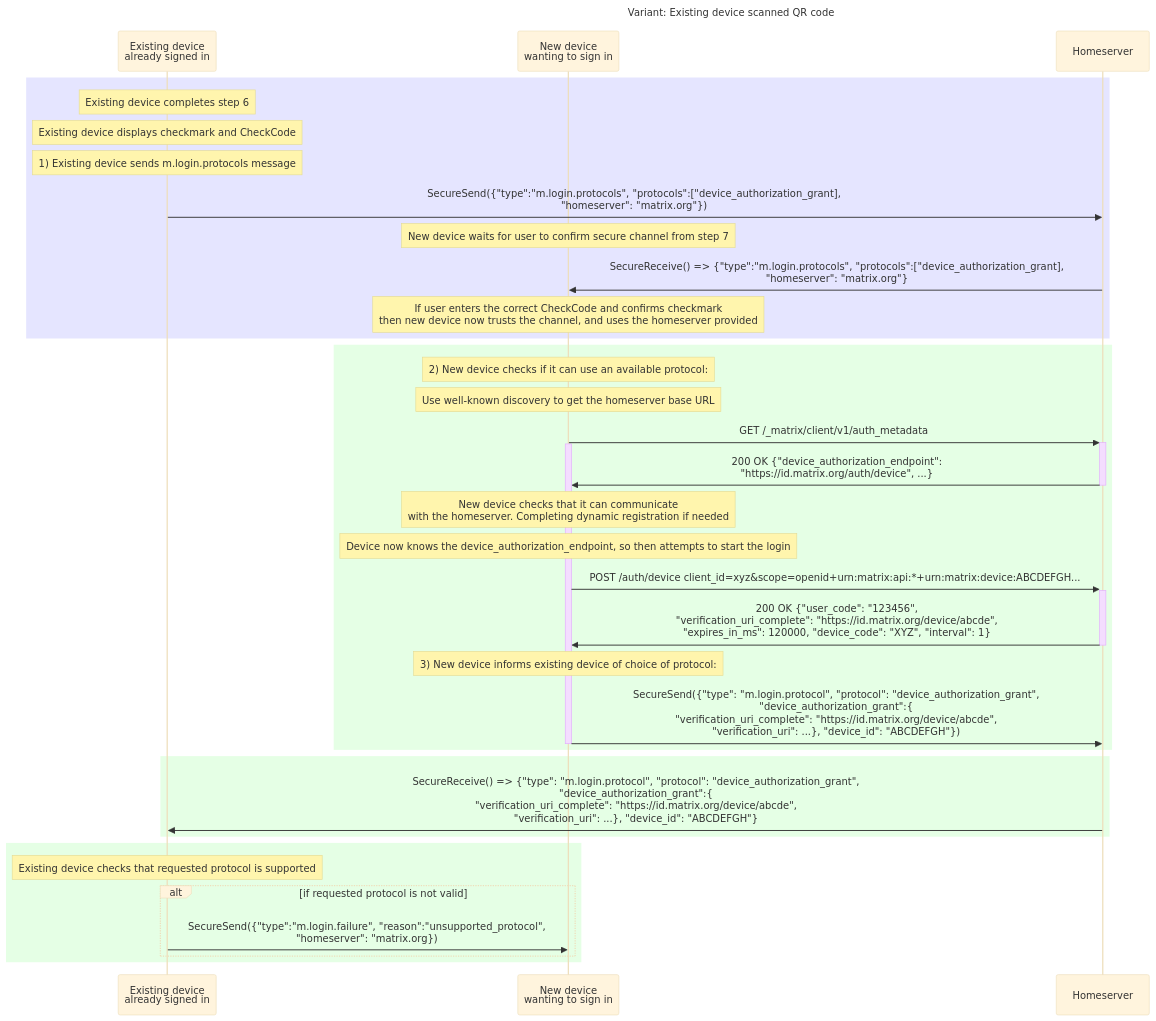
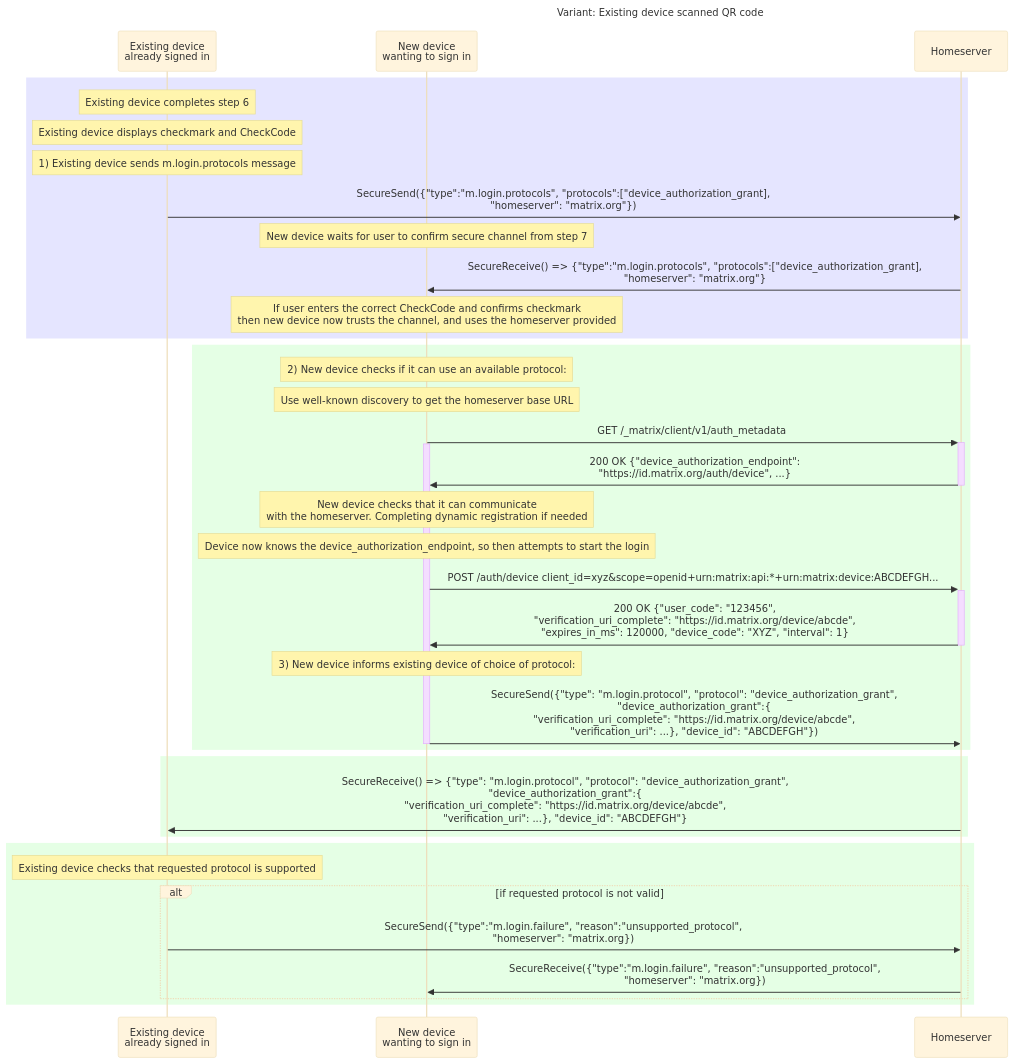
One commit to matrix-org/matrix-spec-proposals changed the fourth of 6 diagrams in proposals/4108-oidc-qr-login.md. Above: the diagram before and after it, drawn with Mermaid (base theme). The commit also changed other lines of this file, not shown here.

Commit message:
More consistency on SecureSend/SecureReceive

````diff
--- a/proposals/4108-oidc-qr-login.md
+++ b/proposals/4108-oidc-qr-login.md
@@ -885,62 +886,63 @@
 ```mermaid
 sequenceDiagram
     title: Variant: Existing device scanned QR code
     participant E as Existing device <br>already signed in
     participant N as New device <br>wanting to sign in
     participant HS as Homeserver
 
 
     #alt if New device scanned QR code
     #    note over N: New device completes checks from secure channel establishment step 6 - it now trusts the channel
     #    note over N: 1) New device got server name from the QR code
 
     rect rgba(0,0,255, 0.1)
     #else if Existing device scanned QR code
         note over E: Existing device completes step 6
         note over E: Existing device displays checkmark and CheckCode
         note over E: 1) Existing device sends m.login.protocols message
         E->>HS: SecureSend({"type":"m.login.protocols", "protocols":["device_authorization_grant],<br> "homeserver": "matrix.org"})
         note over N: New device waits for user to confirm secure channel from step 7
         HS->>N: SecureReceive() => {"type":"m.login.protocols", "protocols":["device_authorization_grant],<br> "homeserver": "matrix.org"}
         note over N: If user enters the correct CheckCode and confirms checkmark<br>then new device now trusts the channel, and uses the homeserver provided
     end
 
 
     rect rgba(0,255,0, 0.1)
     note over N: 2) New device checks if it can use an available protocol:
     note over N: Use well-known discovery to get the homeserver base URL
         N->>+HS: GET /_matrix/client/v1/auth_metadata
     activate N
         HS->>-N: 200 OK {"device_authorization_endpoint":<br> "https://id.matrix.org/auth/device", ...}
         Note over N: New device checks that it can communicate<br> with the homeserver. Completing dynamic registration if needed
         Note over N: Device now knows the device_authorization_endpoint, so then attempts to start the login
         N->>+HS: POST /auth/device client_id=xyz&scope=openid+urn:matrix:api:*+urn:matrix:device:ABCDEFGH...
         HS->>-N: 200 OK {"user_code": "123456",<br>"verification_uri_complete": "https://id.matrix.org/device/abcde",<br>"expires_in_ms": 120000, "device_code": "XYZ", "interval": 1}
         note over N: 3) New device informs existing device of choice of protocol:
         N->>HS: SecureSend({"type": "m.login.protocol", "protocol": "device_authorization_grant",<br> "device_authorization_grant":{<br>"verification_uri_complete": "https://id.matrix.org/device/abcde",<br>"verification_uri": ...}, "device_id": "ABCDEFGH"})
 
     deactivate N
     end
 
     # alt if New device scanned QR code
     #    note over N: New device displays checkmark and CheckCode
     #    note over E: Existing device waits for user to enter CheckCode<br>and confirm secure channel from step 7
     #end
 
     rect rgba(0,255,0, 0.1)
         HS->>E: SecureReceive() => {"type": "m.login.protocol", "protocol": "device_authorization_grant",<br> "device_authorization_grant":{<br>"verification_uri_complete": "https://id.matrix.org/device/abcde",<br>"verification_uri": ...}, "device_id": "ABCDEFGH"}
     end
 
     # alt if New device scanned QR code
     #    note over E: If user entered correct CheckCode<br>and confirms checkmark then existing device now trusts the channel
     #end
 
 
     rect rgba(0,255,0, 0.1)
     note over E: Existing device checks that requested protocol is supported
 
     alt if requested protocol is not valid
-        E->>N: SecureSend({"type":"m.login.failure", "reason":"unsupported_protocol",<br>"homeserver": "matrix.org})
+        E->>HS: SecureSend({"type":"m.login.failure", "reason":"unsupported_protocol",<br>"homeserver": "matrix.org})
+        HS->>N: SecureReceive({"type":"m.login.failure", "reason":"unsupported_protocol",<br>"homeserver": "matrix.org})
     end
     end
 ```
````
